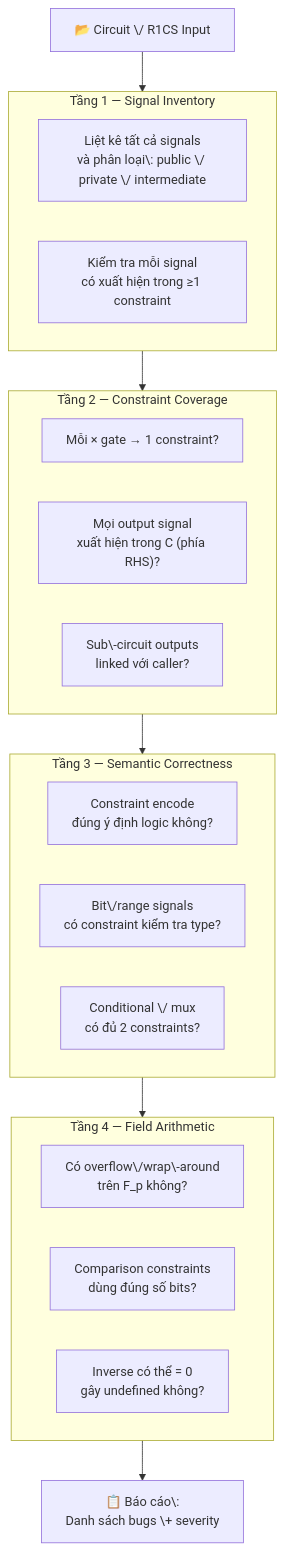
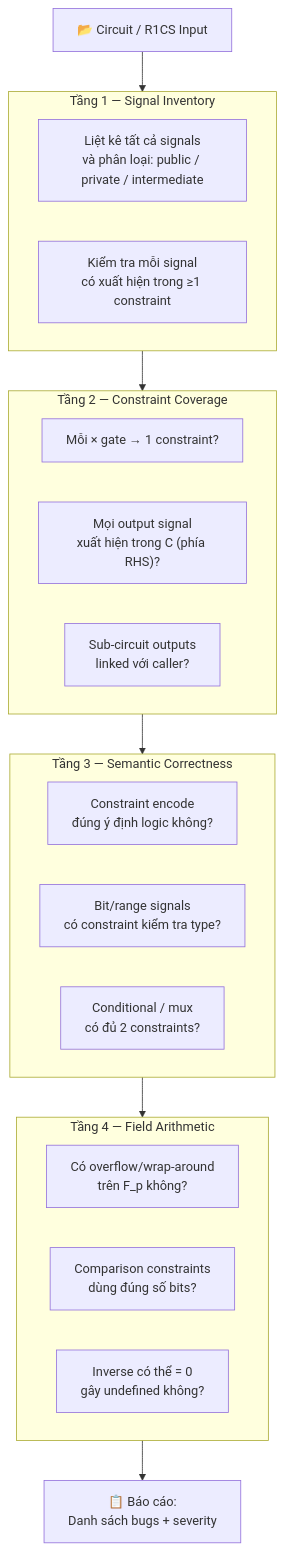
The first of 2 diagrams in content/zkverify-series/arithmetic-circuits/13-constraint-completeness-audit.md (nhatminh65537/kitsu-quartz), drawn with Mermaid before and after one commit. The commit also changed other lines of this file and 127 other files, not shown here.

````diff
--- a/content/zkverify-series/arithmetic-circuits/13-constraint-completeness-audit.md
+++ b/content/zkverify-series/arithmetic-circuits/13-constraint-completeness-audit.md
@@ -27,27 +27,27 @@
 ```mermaid
 flowchart TD
-    A["📂 Circuit \/ R1CS Input"] --> T1
+    A["📂 Circuit / R1CS Input"] --> T1
     subgraph T1["Tầng 1 — Signal Inventory"]
-        S1["Liệt kê tất cả signals<br>và phân loại\: public \/ private \/ intermediate"]
+        S1["Liệt kê tất cả signals<br>và phân loại: public / private / intermediate"]
         S2["Kiểm tra mỗi signal<br>có xuất hiện trong ≥1 constraint"]
     end
     T1 --> T2
     subgraph T2["Tầng 2 — Constraint Coverage"]
         C1["Mỗi × gate → 1 constraint?"]
         C2["Mọi output signal<br>xuất hiện trong C (phía RHS)?"]
-        C3["Sub\-circuit outputs<br>linked với caller?"]
+        C3["Sub-circuit outputs<br>linked với caller?"]
     end
     T2 --> T3
     subgraph T3["Tầng 3 — Semantic Correctness"]
         M1["Constraint encode<br>đúng ý định logic không?"]
-        M2["Bit\/range signals<br>có constraint kiểm tra type?"]
-        M3["Conditional \/ mux<br>có đủ 2 constraints?"]
+        M2["Bit/range signals<br>có constraint kiểm tra type?"]
+        M3["Conditional / mux<br>có đủ 2 constraints?"]
     end
     T3 --> T4
     subgraph T4["Tầng 4 — Field Arithmetic"]
-        F1["Có overflow\/wrap\-around<br>trên F_p không?"]
+        F1["Có overflow/wrap-around<br>trên F_p không?"]
         F2["Comparison constraints<br>dùng đúng số bits?"]
         F3["Inverse có thể = 0<br>gây undefined không?"]
     end
-    T4 --> R["📋 Báo cáo\:<br>Danh sách bugs \+ severity"]
+    T4 --> R["📋 Báo cáo:<br>Danh sách bugs + severity"]
 ```
````
